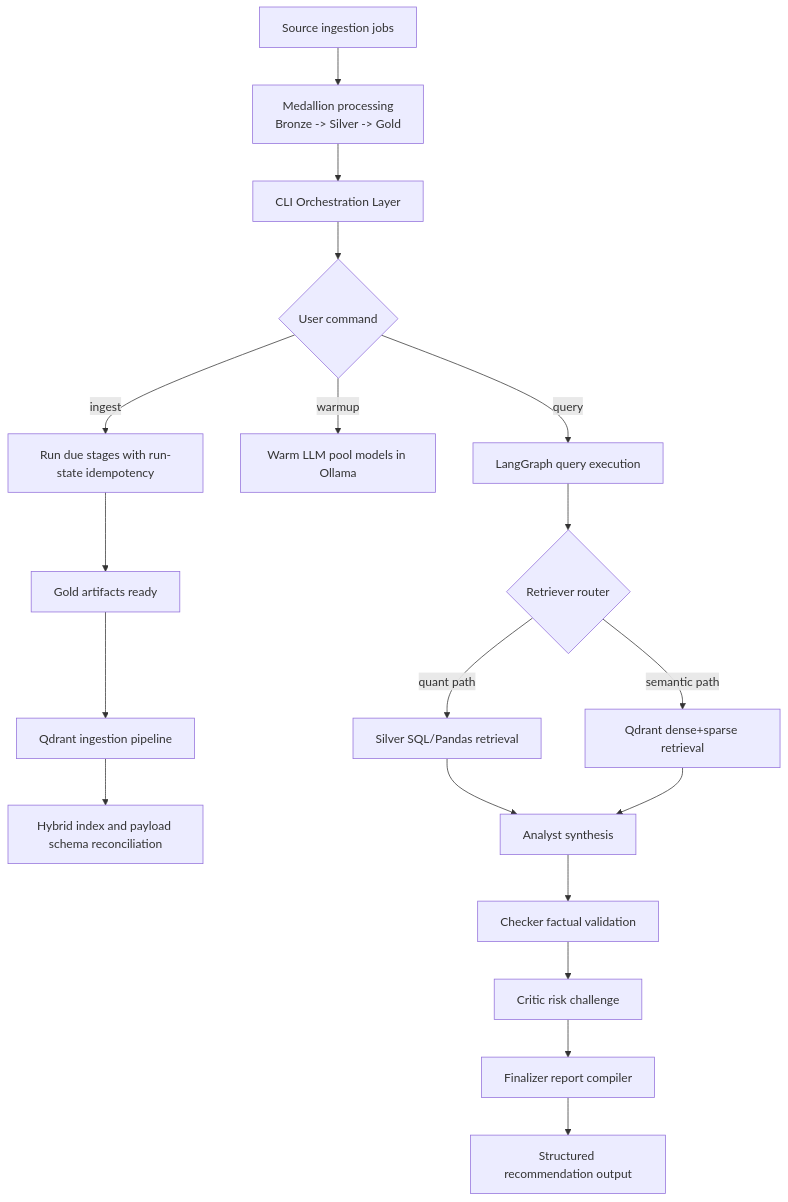
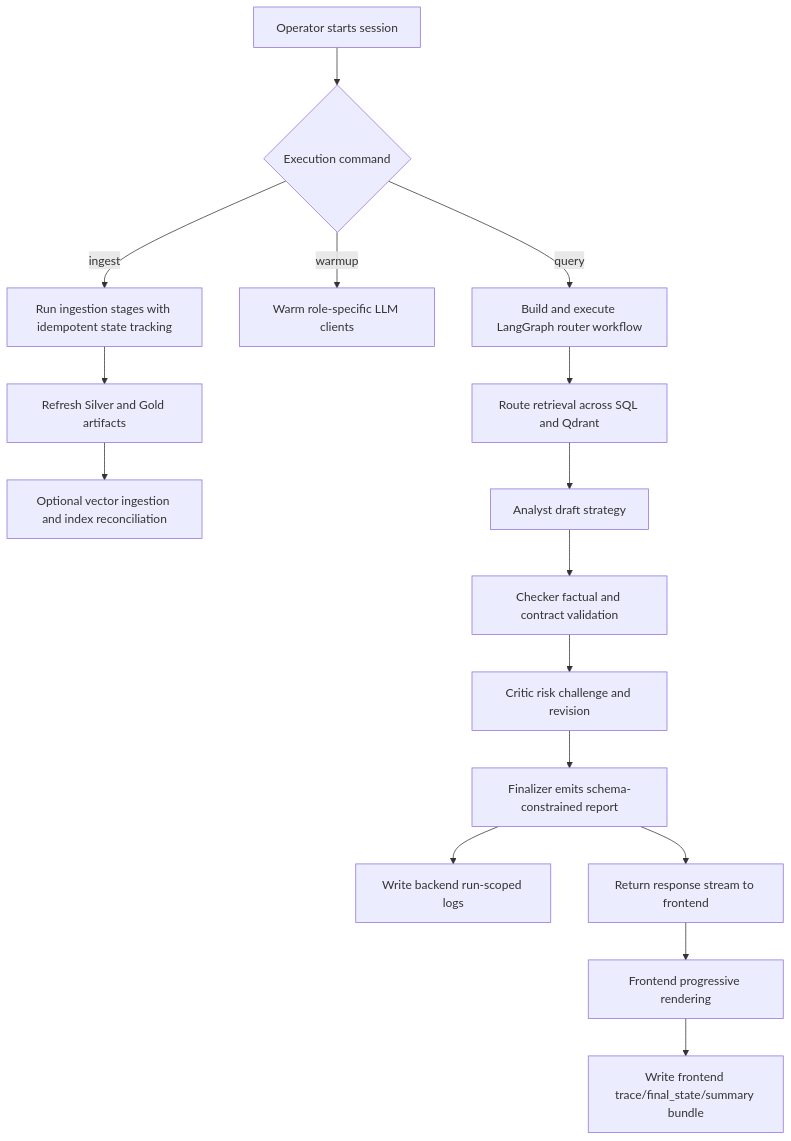
The second of 2 diagrams in README.md (maxineyu521/AutoOption-Financial-Intelligence-Workspace), drawn with Mermaid before and after one commit. The commit also changed other lines of this file, not shown here.

````diff
--- a/README.md
+++ b/README.md
@@ -40,24 +51,21 @@
 ```mermaid
 flowchart TD
-    A[Source ingestion jobs] --> B[Medallion processing<br/>Bronze -> Silver -> Gold]
-    B --> C[CLI Orchestration Layer]
-    C --> D{User command}
+    A[Operator starts session] --> B{Execution command}
+    B -->|ingest| C[Run ingestion stages with idempotent state tracking]
+    B -->|warmup| D[Warm role-specific LLM clients]
+    B -->|query| E[Build and execute LangGraph router workflow]
 
-    D -->|ingest| E[Run due stages with run-state idempotency]
-    D -->|warmup| F[Warm LLM pool models in Ollama]
-    D -->|query| G[LangGraph query execution]
+    C --> F[Refresh Silver and Gold artifacts]
+    F --> G[Optional vector ingestion and index reconciliation]
 
-    E --> H[Gold artifacts ready]
-    H --> I[Qdrant ingestion pipeline]
-    I --> J[Hybrid index and payload schema reconciliation]
+    E --> H[Route retrieval across SQL and Qdrant]
+    H --> I[Analyst draft strategy]
+    I --> J[Checker factual and contract validation]
+    J --> K[Critic risk challenge and revision]
+    K --> L[Finalizer emits schema-constrained report]
 
-    G --> K{Retriever router}
-    K -->|quant path| L[Silver SQL/Pandas retrieval]
-    K -->|semantic path| M[Qdrant dense+sparse retrieval]
-    L --> N[Analyst synthesis]
-    M --> N
-    N --> O[Checker factual validation]
-    O --> P[Critic risk challenge]
-    P --> Q[Finalizer report compiler]
-    Q --> R[Structured recommendation output]
+    L --> M[Write backend run-scoped logs]
+    L --> N[Return response stream to frontend]
+    N --> O[Frontend progressive rendering]
+    O --> P[Write frontend trace/final_state/summary bundle]
 ```
````
